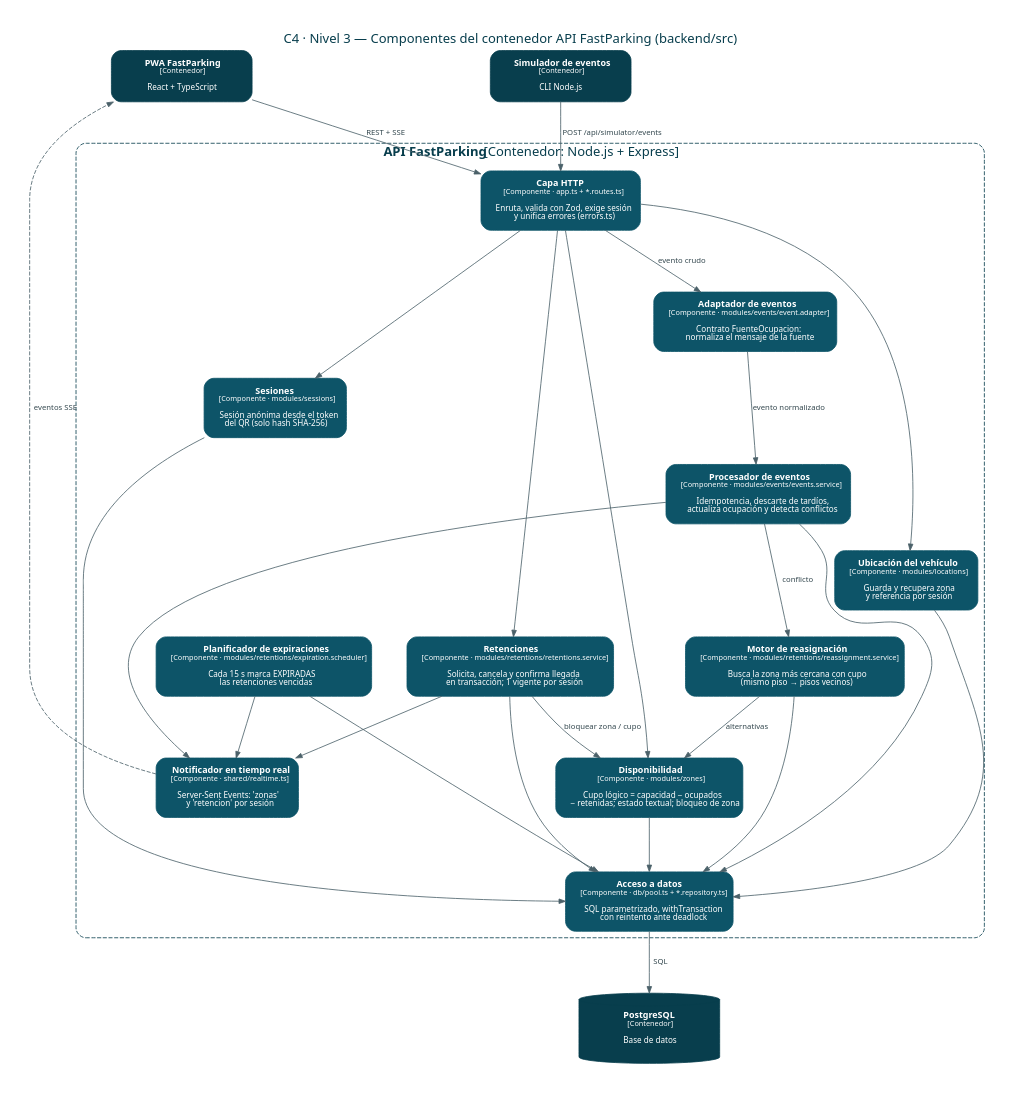
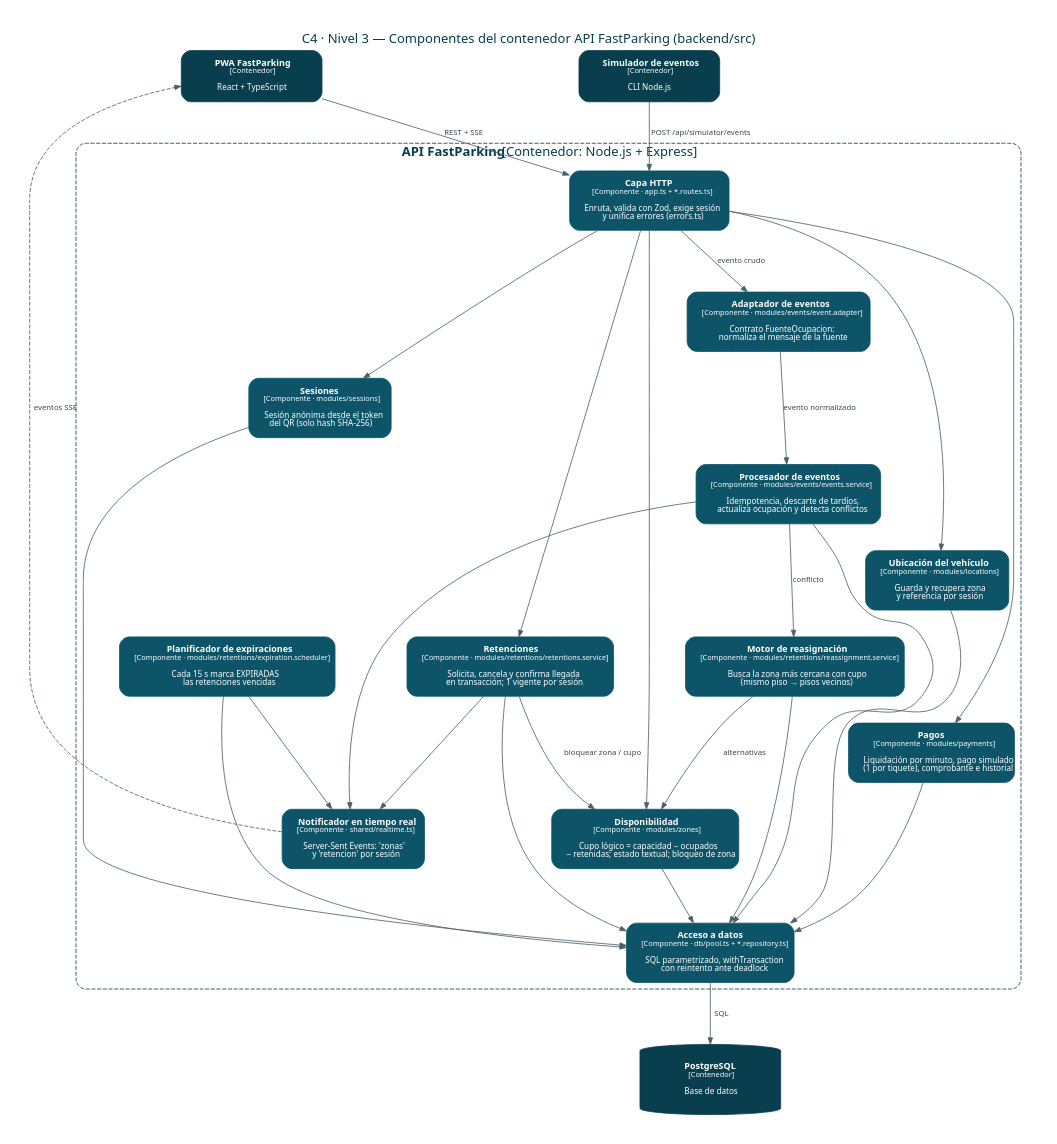
One commit to N4SL7/fastparking changed the diagram in docs/diagramas/fuentes/c4-nivel3-componentes.dot. Above: the diagram before and after it, drawn with Graphviz. The commit also changed 18 other files, not shown here.

First line of the commit message:
docs: requerimientos, MER (PAGO), C4 y trazabilidad actualizados con pago simulado y mapa interactivo

```diff
--- a/docs/diagramas/fuentes/c4-nivel3-componentes.dot
+++ b/docs/diagramas/fuentes/c4-nivel3-componentes.dot
@@ -1,34 +1,35 @@
 digraph C4_3 { graph [fontname="Segoe UI,Arial,Helvetica,sans-serif", pad=0.4, nodesep=0.9, ranksep=1.0, bgcolor="white", labelloc=t, fontsize=16, fontcolor="#083E4D"];
 node [fontname="Segoe UI,Arial,Helvetica,sans-serif", fontsize=11, margin="0.25,0.15", width=2.6];
 edge [fontname="Segoe UI,Arial,Helvetica,sans-serif", fontsize=9.5, color="#4b6169", fontcolor="#33474e", arrowsize=0.8];
 graph [label="C4 · Nivel 3 — Componentes del contenedor API FastParking (backend/src)", nodesep=0.6, ranksep=0.9];
 node [width=2.4];
 pwa [shape=box, style="rounded,filled", fillcolor="#083E4D", color="#083E4D", label=<<B>PWA FastParking</B><BR/><FONT POINT-SIZE="9">[Contenedor]</FONT><BR/><BR/><FONT POINT-SIZE="10">React + TypeScript</FONT>>, fontcolor="white"];
 sim [shape=box, style="rounded,filled", fillcolor="#083E4D", color="#083E4D", label=<<B>Simulador de eventos</B><BR/><FONT POINT-SIZE="9">[Contenedor]</FONT><BR/><BR/><FONT POINT-SIZE="10">CLI Node.js</FONT>>, fontcolor="white"];
 db [shape=cylinder, style="rounded,filled", fillcolor="#083E4D", color="#083E4D", label=<<B>PostgreSQL</B><BR/><FONT POINT-SIZE="9">[Contenedor]</FONT><BR/><BR/><FONT POINT-SIZE="10">Base de datos</FONT>>, fontcolor="white"];
 subgraph cluster_api { label=<<B>API FastParking</B> [Contenedor: Node.js + Express]>; style="dashed,rounded"; color="#083E4D"; fontcolor="#083E4D";
   http [shape=box, style="rounded,filled", fillcolor="#0d5468", color="#0d5468", label=<<B>Capa HTTP</B><BR/><FONT POINT-SIZE="9">[Componente · app.ts + *.routes.ts]</FONT><BR/><BR/><FONT POINT-SIZE="10">Enruta, valida con Zod, exige sesión<BR/>y unifica errores (errors.ts)</FONT>>, fontcolor="white"];
   ses [shape=box, style="rounded,filled", fillcolor="#0d5468", color="#0d5468", label=<<B>Sesiones</B><BR/><FONT POINT-SIZE="9">[Componente · modules/sessions]</FONT><BR/><BR/><FONT POINT-SIZE="10">Sesión anónima desde el token<BR/>del QR (solo hash SHA-256)</FONT>>, fontcolor="white"];
   disp [shape=box, style="rounded,filled", fillcolor="#0d5468", color="#0d5468", label=<<B>Disponibilidad</B><BR/><FONT POINT-SIZE="9">[Componente · modules/zones]</FONT><BR/><BR/><FONT POINT-SIZE="10">Cupo lógico = capacidad − ocupados<BR/>− retenidas; estado textual; bloqueo de zona</FONT>>, fontcolor="white"];
   ret [shape=box, style="rounded,filled", fillcolor="#0d5468", color="#0d5468", label=<<B>Retenciones</B><BR/><FONT POINT-SIZE="9">[Componente · modules/retentions/retentions.service]</FONT><BR/><BR/><FONT POINT-SIZE="10">Solicita, cancela y confirma llegada<BR/>en transacción; 1 vigente por sesión</FONT>>, fontcolor="white"];
   reas [shape=box, style="rounded,filled", fillcolor="#0d5468", color="#0d5468", label=<<B>Motor de reasignación</B><BR/><FONT POINT-SIZE="9">[Componente · modules/retentions/reassignment.service]</FONT><BR/><BR/><FONT POINT-SIZE="10">Busca la zona más cercana con cupo<BR/>(mismo piso → pisos vecinos)</FONT>>, fontcolor="white"];
   exp [shape=box, style="rounded,filled", fillcolor="#0d5468", color="#0d5468", label=<<B>Planificador de expiraciones</B><BR/><FONT POINT-SIZE="9">[Componente · modules/retentions/expiration.scheduler]</FONT><BR/><BR/><FONT POINT-SIZE="10">Cada 15 s marca EXPIRADAS<BR/>las retenciones vencidas</FONT>>, fontcolor="white"];
   adap [shape=box, style="rounded,filled", fillcolor="#0d5468", color="#0d5468", label=<<B>Adaptador de eventos</B><BR/><FONT POINT-SIZE="9">[Componente · modules/events/event.adapter]</FONT><BR/><BR/><FONT POINT-SIZE="10">Contrato FuenteOcupacion:<BR/>normaliza el mensaje de la fuente</FONT>>, fontcolor="white"];
   proc [shape=box, style="rounded,filled", fillcolor="#0d5468", color="#0d5468", label=<<B>Procesador de eventos</B><BR/><FONT POINT-SIZE="9">[Componente · modules/events/events.service]</FONT><BR/><BR/><FONT POINT-SIZE="10">Idempotencia, descarte de tardíos,<BR/>actualiza ocupación y detecta conflictos</FONT>>, fontcolor="white"];
   ubi [shape=box, style="rounded,filled", fillcolor="#0d5468", color="#0d5468", label=<<B>Ubicación del vehículo</B><BR/><FONT POINT-SIZE="9">[Componente · modules/locations]</FONT><BR/><BR/><FONT POINT-SIZE="10">Guarda y recupera zona<BR/>y referencia por sesión</FONT>>, fontcolor="white"];
+  pagos [shape=box, style="rounded,filled", fillcolor="#0d5468", color="#0d5468", label=<<B>Pagos</B><BR/><FONT POINT-SIZE="9">[Componente · modules/payments]</FONT><BR/><BR/><FONT POINT-SIZE="10">Liquidación por minuto, pago simulado<BR/>(1 por tiquete), comprobante e historial</FONT>>, fontcolor="white"];
   sse [shape=box, style="rounded,filled", fillcolor="#0d5468", color="#0d5468", label=<<B>Notificador en tiempo real</B><BR/><FONT POINT-SIZE="9">[Componente · shared/realtime.ts]</FONT><BR/><BR/><FONT POINT-SIZE="10">Server-Sent Events: 'zonas'<BR/>y 'retencion' por sesión</FONT>>, fontcolor="white"];
   repo [shape=box, style="rounded,filled", fillcolor="#0d5468", color="#0d5468", label=<<B>Acceso a datos</B><BR/><FONT POINT-SIZE="9">[Componente · db/pool.ts + *.repository.ts]</FONT><BR/><BR/><FONT POINT-SIZE="10">SQL parametrizado, withTransaction<BR/>con reintento ante deadlock</FONT>>, fontcolor="white"];
 }
 pwa -> http [label="  REST + SSE"];
 sim -> http [label="  POST /api/simulator/events"];
-http -> ses; http -> disp; http -> ret; http -> ubi; http -> adap [label=" evento crudo"];
+http -> ses; http -> disp; http -> ret; http -> ubi; http -> pagos; pagos -> repo; http -> adap [label=" evento crudo"];
 adap -> proc [label=" evento normalizado"];
 proc -> reas [label=" conflicto"];
 reas -> disp [label=" alternativas"];
 ret -> disp [label=" bloquear zona / cupo"];
 ret -> sse; proc -> sse; exp -> sse;
 sse -> pwa [style=dashed, label="  eventos SSE"];
 ses -> repo; disp -> repo; ret -> repo; reas -> repo; exp -> repo; proc -> repo; ubi -> repo;
 repo -> db [label="  SQL"];
 {rank=same; pwa; sim}
 }
```
